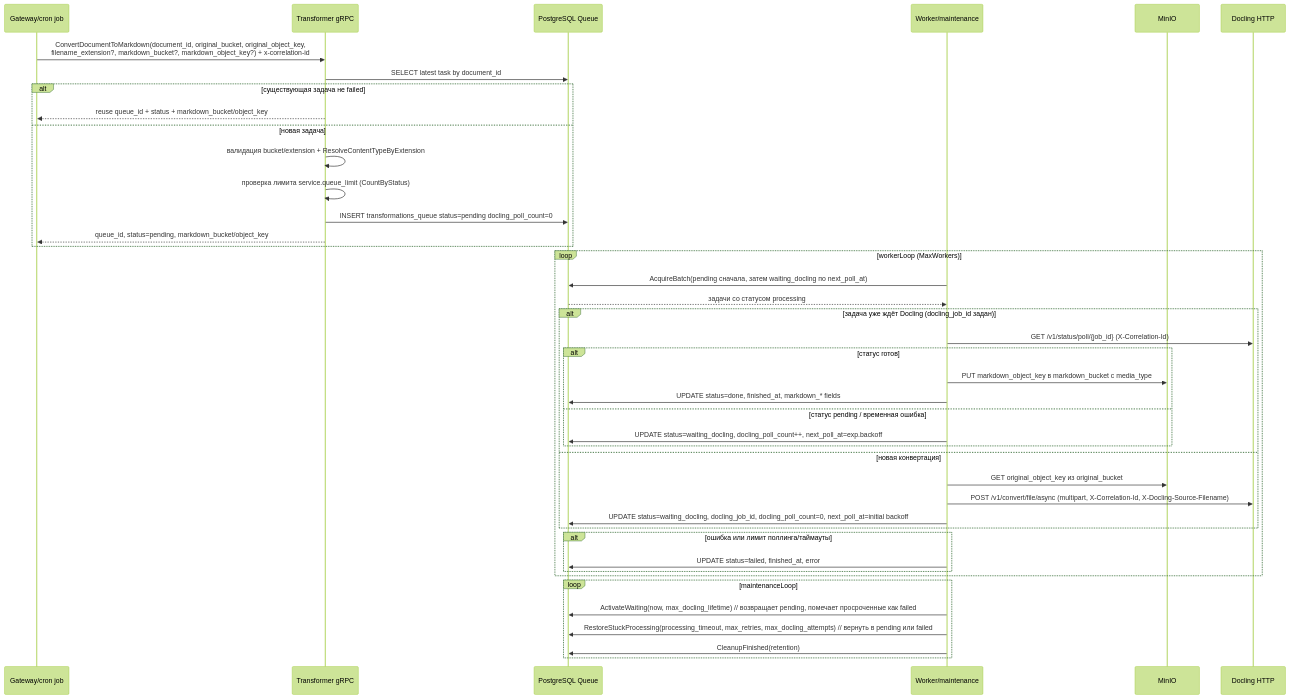
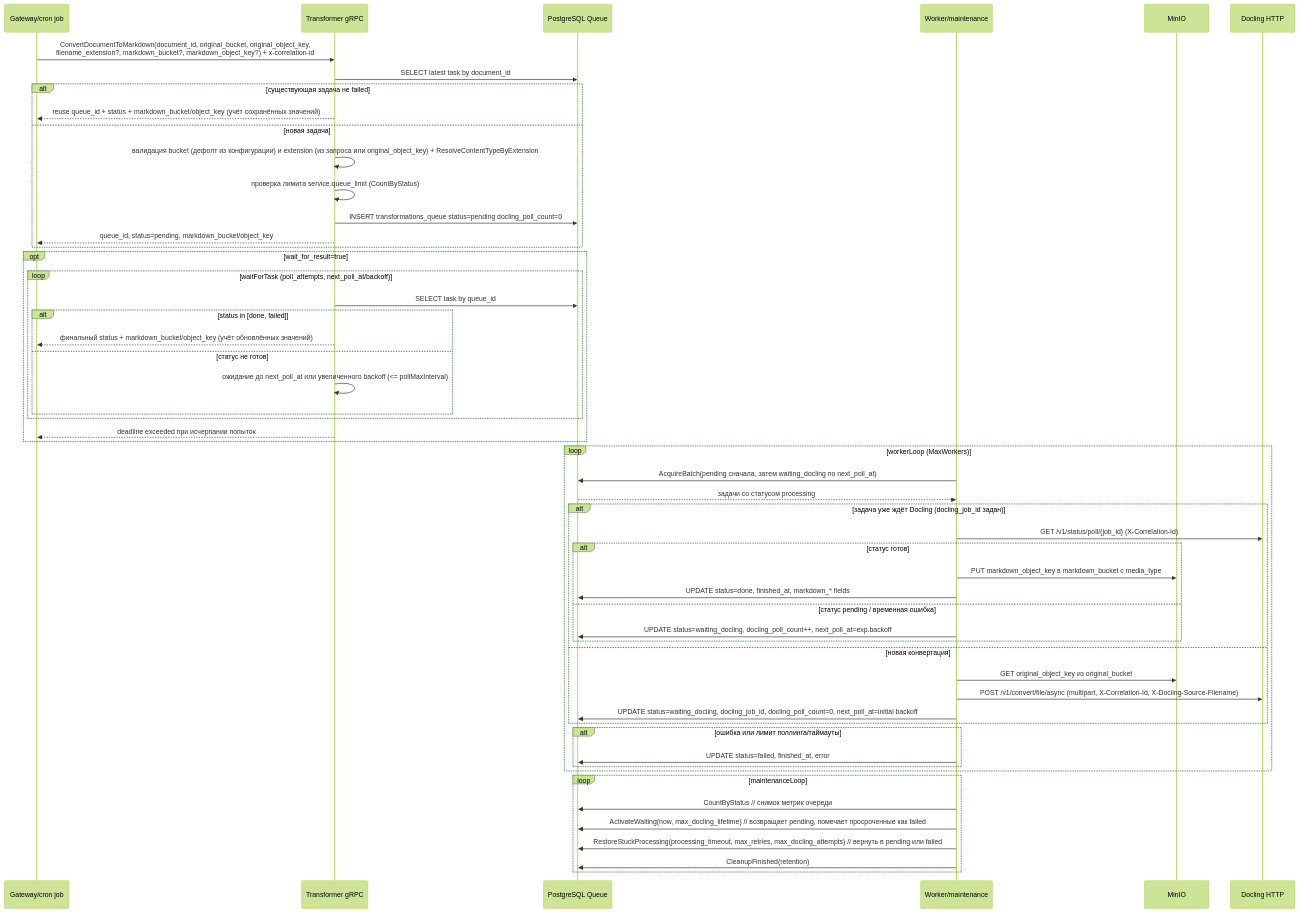
One commit to FedorovTeam/mono-repo changed the first of 2 diagrams in backend/docling-transformer-service/sequence.md. Above: the diagram before and after it, drawn with Mermaid (forest theme). The commit also changed other lines of this file, not shown here.

Commit message:
Update sequence diagrams for transformer flows

````diff
--- a/backend/docling-transformer-service/sequence.md
+++ b/backend/docling-transformer-service/sequence.md
@@ -3,47 +3,59 @@
 ```mermaid
 sequenceDiagram
     participant GW as Gateway/cron job
     participant TR as Transformer gRPC
     participant PG as PostgreSQL Queue
     participant WK as Worker/maintenance
     participant MN as MinIO
     participant DL as Docling HTTP
 
     GW->>TR: ConvertDocumentToMarkdown(document_id, original_bucket, original_object_key,<br/>filename_extension?, markdown_bucket?, markdown_object_key?) + x-correlation-id
     TR->>PG: SELECT latest task by document_id
     alt существующая задача не failed
-        TR-->>GW: reuse queue_id + status + markdown_bucket/object_key
+        TR-->>GW: reuse queue_id + status + markdown_bucket/object_key (учёт сохранённых значений)
     else новая задача
-        TR->>TR: валидация bucket/extension + ResolveContentTypeByExtension
+        TR->>TR: валидация bucket (дефолт из конфигурации) и extension (из запроса или original_object_key) + ResolveContentTypeByExtension
         TR->>TR: проверка лимита service.queue_limit (CountByStatus)
         TR->>PG: INSERT transformations_queue status=pending docling_poll_count=0
         TR-->>GW: queue_id, status=pending, markdown_bucket/object_key
+    end
+    opt wait_for_result=true
+        loop waitForTask (poll_attempts, next_poll_at/backoff)
+            TR->>PG: SELECT task by queue_id
+            alt status in [done, failed]
+                TR-->>GW: финальный status + markdown_bucket/object_key (учёт обновлённых значений)
+            else статус не готов
+                TR->>TR: ожидание до next_poll_at или увеличенного backoff (<= pollMaxInterval)
+            end
+        end
+        TR-->>GW: deadline exceeded при исчерпании попыток
     end
 
     loop workerLoop (MaxWorkers)
         WK->>PG: AcquireBatch(pending сначала, затем waiting_docling по next_poll_at)
         PG-->>WK: задачи со статусом processing
         alt задача уже ждёт Docling (docling_job_id задан)
             WK->>DL: GET /v1/status/poll/{job_id} (X-Correlation-Id)
             alt статус готов
                 WK->>MN: PUT markdown_object_key в markdown_bucket c media_type
                 WK->>PG: UPDATE status=done, finished_at, markdown_* fields
             else статус pending / временная ошибка
                 WK->>PG: UPDATE status=waiting_docling, docling_poll_count++, next_poll_at=exp.backoff
             end
         else новая конвертация
             WK->>MN: GET original_object_key из original_bucket
             WK->>DL: POST /v1/convert/file/async (multipart, X-Correlation-Id, X-Docling-Source-Filename)
             WK->>PG: UPDATE status=waiting_docling, docling_job_id, docling_poll_count=0, next_poll_at=initial backoff
         end
         alt ошибка или лимит поллинга/таймауты
             WK->>PG: UPDATE status=failed, finished_at, error
         end
     end
 
     loop maintenanceLoop
+        WK->>PG: CountByStatus // снимок метрик очереди
         WK->>PG: ActivateWaiting(now, max_docling_lifetime) // возвращает pending, помечает просроченные как failed
         WK->>PG: RestoreStuckProcessing(processing_timeout, max_retries, max_docling_attempts) // вернуть в pending или failed
         WK->>PG: CleanupFinished(retention)
     end
 ```
````
